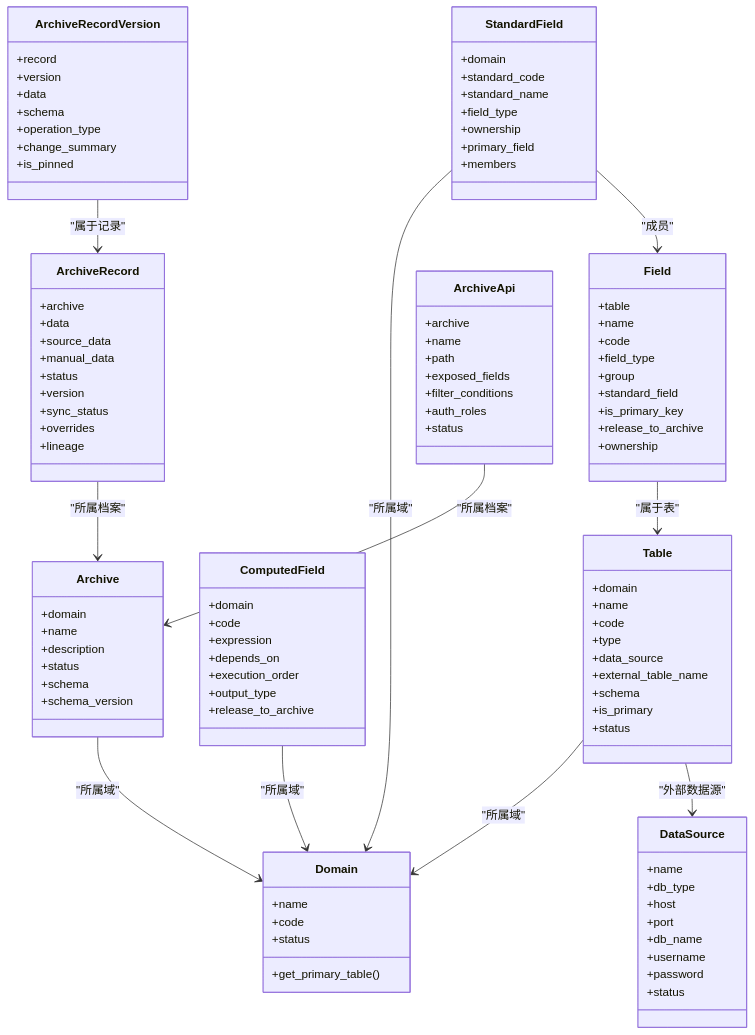
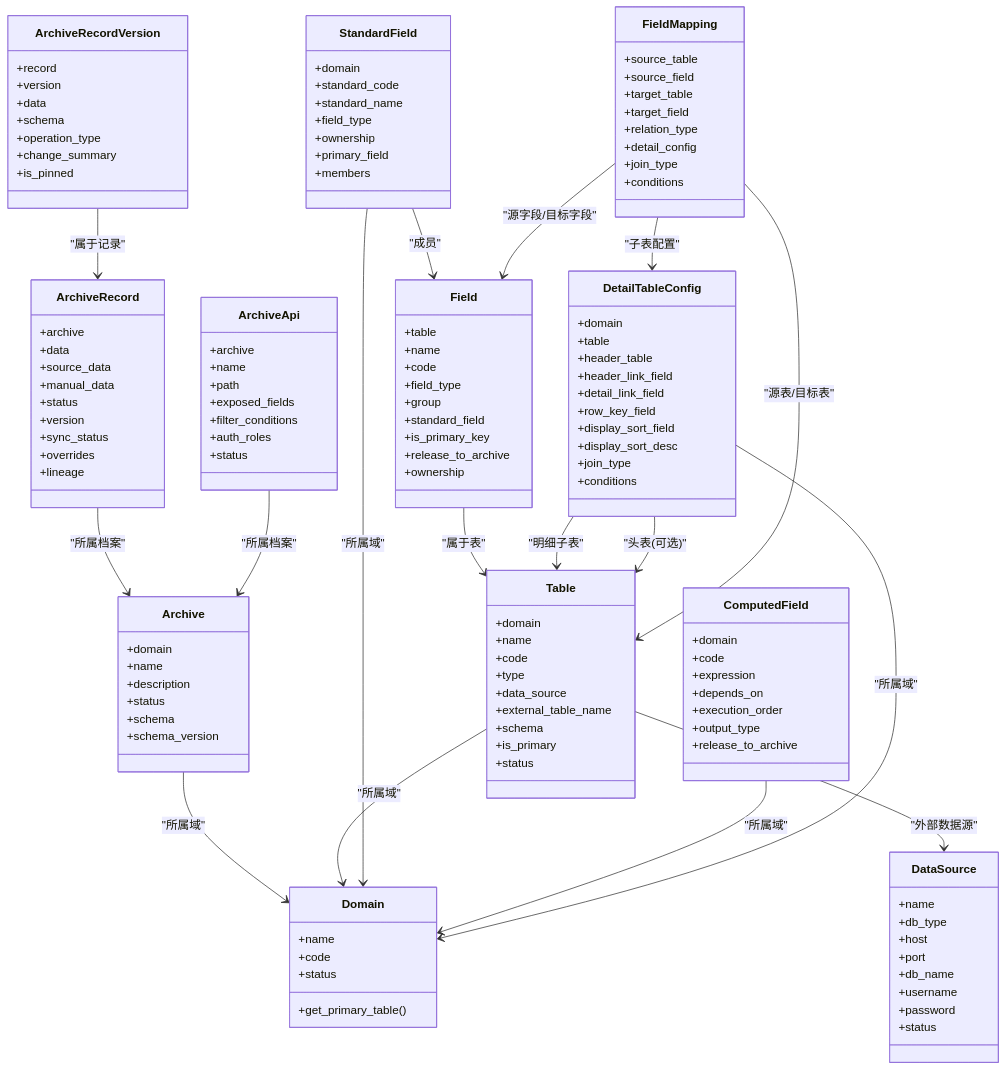
The second of 3 diagrams in .qoder/repowiki/zh/content/API参考文档/档案管理API/档案配置API.md (zyp-coder/Metadata), drawn with Mermaid before and after one commit. The commit also changed other lines of this file and 8 other files, not shown here.

````diff
--- a/.qoder/repowiki/zh/content/API参考文档/档案管理API/档案配置API.md
+++ b/.qoder/repowiki/zh/content/API参考文档/档案管理API/档案配置API.md
@@ -131,6 +136,28 @@
 +execution_order
 +output_type
 +release_to_archive
+}
+class DetailTableConfig {
++domain
++table
++header_table
++header_link_field
++detail_link_field
++row_key_field
++display_sort_field
++display_sort_desc
++join_type
++conditions
+}
+class FieldMapping {
++source_table
++source_field
++target_table
++target_field
++relation_type
++detail_config
++join_type
++conditions
 }
 class Archive {
 +domain
@@ -188,5 +215,11 @@
 StandardField --> Domain : "所属域"
 StandardField --> Field : "成员"
 ComputedField --> Domain : "所属域"
+DetailTableConfig --> Domain : "所属域"
+DetailTableConfig --> Table : "明细子表"
+DetailTableConfig --> Table : "头表(可选)"
+FieldMapping --> Table : "源表/目标表"
+FieldMapping --> Field : "源字段/目标字段"
+FieldMapping --> DetailTableConfig : "子表配置"
 Table --> DataSource : "外部数据源"
 ```
````
